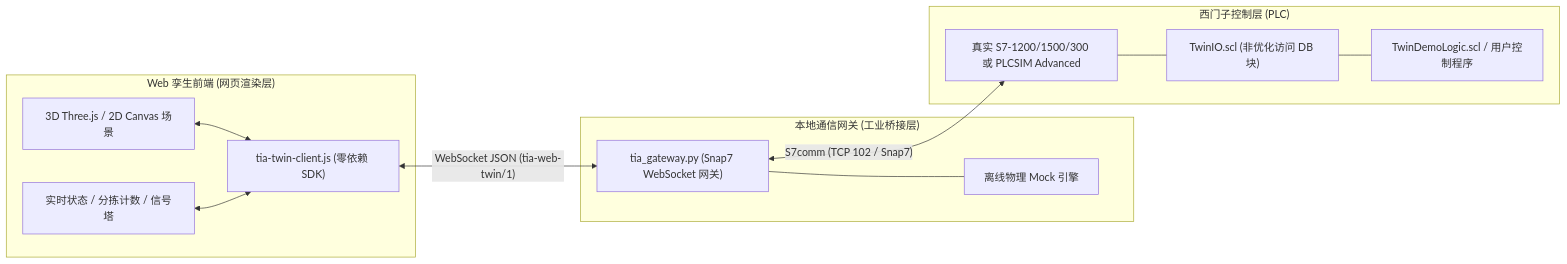
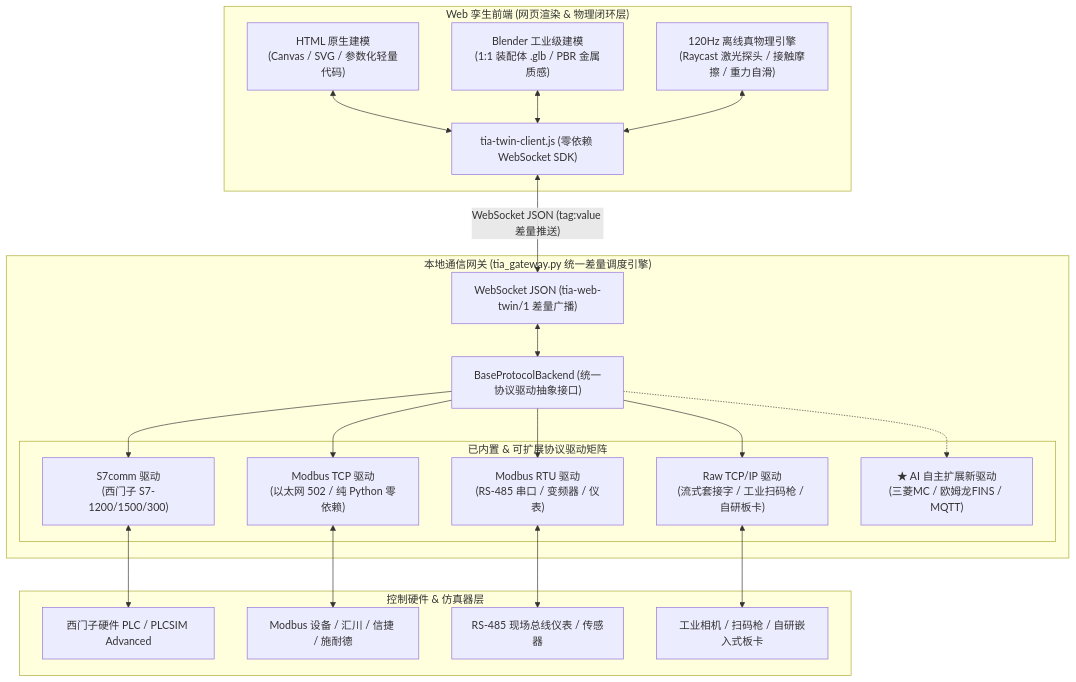
One commit to xukuncai-hub/siemens-s7-web-twin changed the diagram in README.md. Above: the diagram before and after it, drawn with Mermaid. The commit also changed other lines of this file, not shown here.

````diff
--- a/README.md
+++ b/README.md
@@ -78,27 +46,47 @@
 ```mermaid
-graph LR
-    subgraph WebApp ["Web 孪生前端 (网页渲染层)"]
-        Scene["3D Three.js / 2D Canvas 场景"]
-        HUD["实时状态 / 分拣计数 / 信号塔"]
-        Client["tia-twin-client.js (零依赖 SDK)"]
-        Scene <--> Client
-        HUD <--> Client
+graph TD
+    subgraph Frontend ["Web 孪生前端 (网页渲染 & 物理闭环层)"]
+        UI_A["HTML 原生建模<br/>(Canvas / SVG / 参数化轻量代码)"]
+        UI_B["Blender 工业级建模<br/>(1:1 装配体 .glb / PBR 金属质感)"]
+        Physics["120Hz 离线真物理引擎<br/>(Raycast 激光探头 / 接触摩擦 / 重力自滑)"]
+        SDK["tia-twin-client.js (零依赖 WebSocket SDK)"]
+        
+        UI_A <--> SDK
+        UI_B <--> SDK
+        Physics <--> SDK
     end
 
-    subgraph Gateway ["本地通信网关 (工业桥接层)"]
-        Bridge["tia_gateway.py (Snap7 WebSocket 网关)"]
-        Mock["离线物理 Mock 引擎"]
-        Bridge --- Mock
+    subgraph Gateway ["本地通信网关 (tia_gateway.py 统一差量调度引擎)"]
+        WS["WebSocket JSON (tia-web-twin/1 差量广播)"]
+        BaseDriver["BaseProtocolBackend (统一协议驱动抽象接口)"]
+        
+        subgraph Drivers ["已内置 & 可扩展协议驱动矩阵"]
+            D1["S7comm 驱动<br/>(西门子 S7-1200/1500/300)"]
+            D2["Modbus TCP 驱动<br/>(以太网 502 / 纯 Python 零依赖)"]
+            D3["Modbus RTU 驱动<br/>(RS-485 串口 / 变频器 / 仪表)"]
+            D4["Raw TCP/IP 驱动<br/>(流式套接字 / 工业扫码枪 / 自研板卡)"]
+            D5["★ AI 自主扩展新驱动<br/>(三菱MC / 欧姆龙FINS / MQTT)"]
+        end
+        
+        WS <--> BaseDriver
+        BaseDriver --> D1
+        BaseDriver --> D2
+        BaseDriver --> D3
+        BaseDriver --> D4
+        BaseDriver -.-> D5
     end
 
-    subgraph Siemens ["西门子控制层 (PLC)"]
-        PLCTarget["真实 S7-1200/1500/300 或 PLCSIM Advanced"]
-        DB["TwinIO.scl (非优化访问 DB 块)"]
-        Logic["TwinDemoLogic.scl / 用户控制程序"]
-        PLCTarget --- DB
-        DB --- Logic
+    subgraph Hardware ["控制硬件 & 仿真器层"]
+        PLC1["西门子硬件 PLC / PLCSIM Advanced"]
+        PLC2["Modbus 设备 / 汇川 / 信捷 / 施耐德"]
+        PLC3["RS-485 现场总线仪表 / 传感器"]
+        PLC4["工业相机 / 扫码枪 / 自研嵌入式板卡"]
+        
+        D1 <--> PLC1
+        D2 <--> PLC2
+        D3 <--> PLC3
+        D4 <--> PLC4
     end
 
-    Client -- "WebSocket JSON (tia-web-twin/1)" <--> Bridge
-    Bridge -- "S7comm (TCP 102 / Snap7)" <--> PLCTarget
+    SDK -- "WebSocket JSON (tag:value 差量推送)" <--> WS
 ```
````
